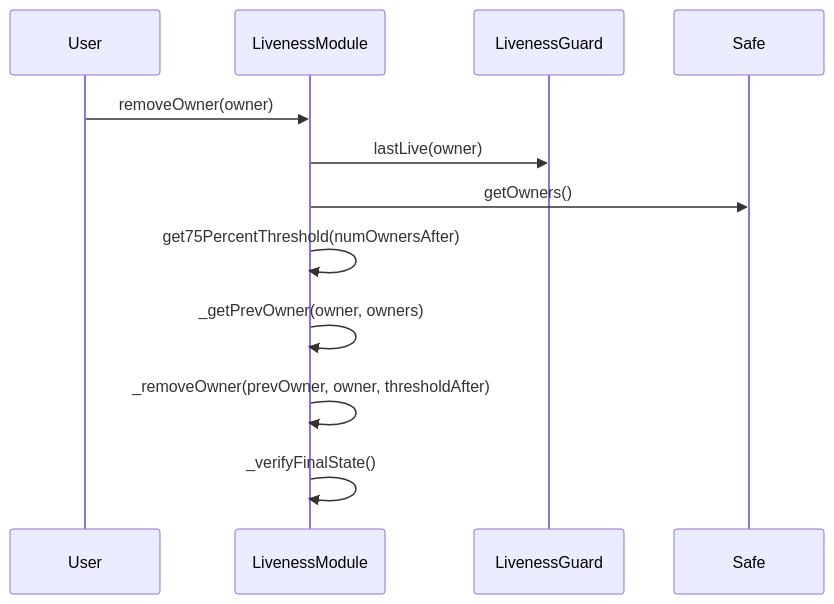
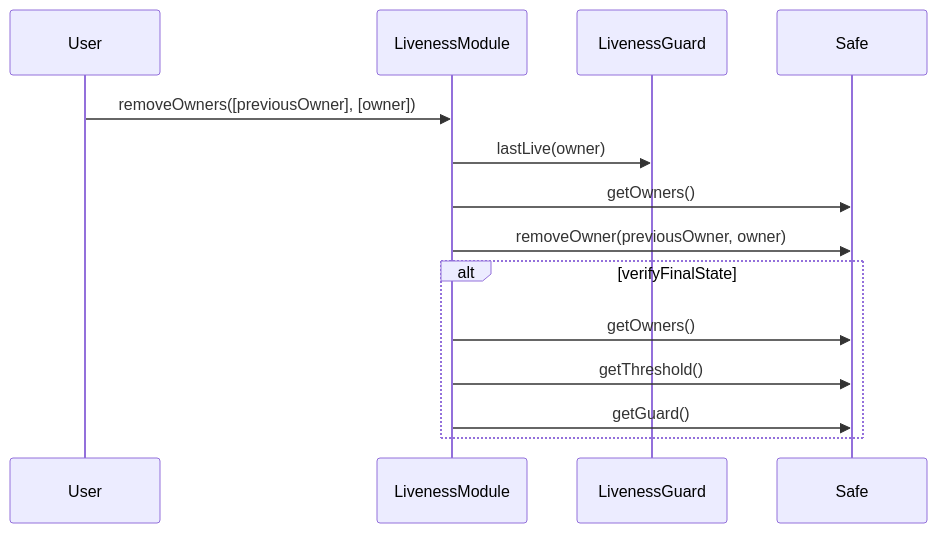
One commit to ethereum-optimism/optimism changed the diagram in specs/safe-liveness-checking.md. Above: the diagram before and after it, drawn with Mermaid. The commit also changed other lines of this file and 1 other file, not shown here.

Commit message:
specs: Add diagram and other details

````diff
--- a/specs/safe-liveness-checking.md
+++ b/specs/safe-liveness-checking.md
@@ -56,14 +65,17 @@
 ```mermaid
 sequenceDiagram
     participant User
     participant LivenessModule
     participant LivenessGuard
     participant Safe
-    User->>LivenessModule: removeOwner(owner)
+    User->>LivenessModule: removeOwners([previousOwner], [owner])
     LivenessModule->>LivenessGuard: lastLive(owner)
     LivenessModule->>Safe: getOwners()
-    LivenessModule->>LivenessModule: get75PercentThreshold(numOwnersAfter)
-    LivenessModule->>LivenessModule: _getPrevOwner(owner, owners)
-    LivenessModule->>LivenessModule: _removeOwner(prevOwner, owner, thresholdAfter)
-    LivenessModule->>LivenessModule: _verifyFinalState()
+    LivenessModule->>Safe: removeOwner(previousOwner, owner)
+
+    alt verifyFinalState
+    LivenessModule->>Safe: getOwners()
+    LivenessModule->>Safe: getThreshold()
+    LivenessModule->>Safe: getGuard()
+    end
 ```
````
